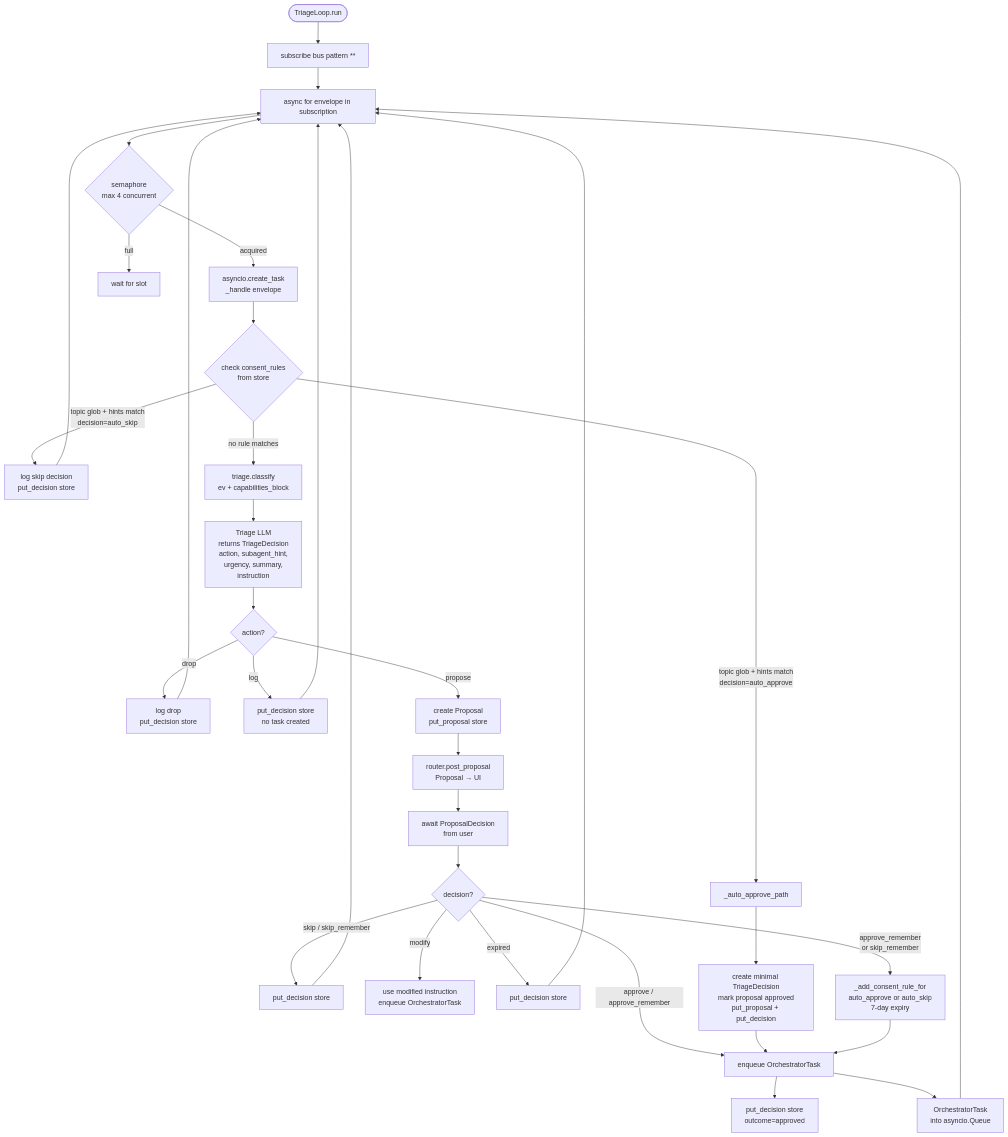
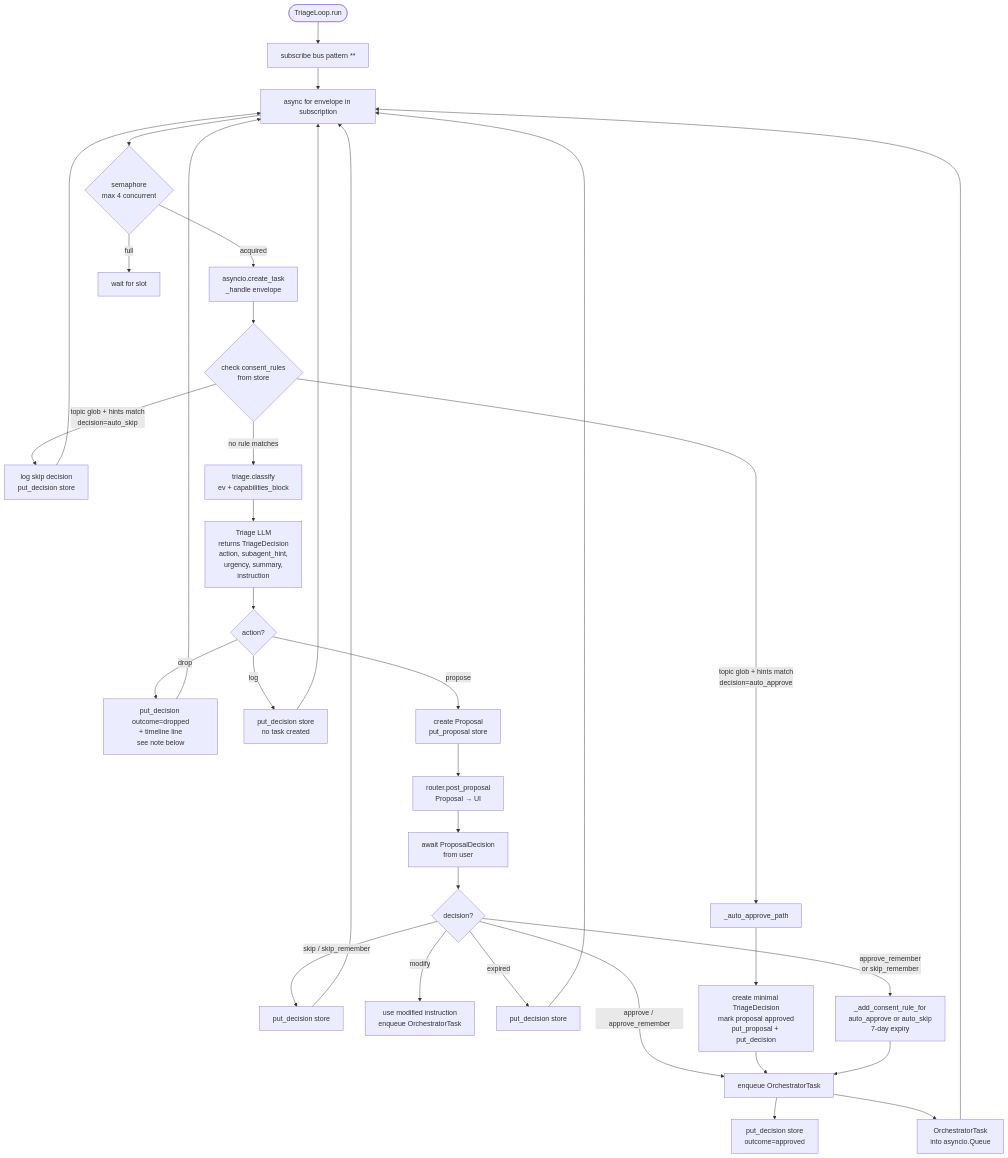
The fifth of 16 diagrams in DAEMON_ARCHITECTURE.md (Abhinav210310453045/YUYUTSAVA-backend), drawn with Mermaid before and after one commit. The commit also changed other lines of this file and 233 other files, not shown here.

````diff
--- a/DAEMON_ARCHITECTURE.md
+++ b/DAEMON_ARCHITECTURE.md
@@ -166,46 +210,46 @@
 ```mermaid
 flowchart TD
     START([TriageLoop.run]) --> SUB[subscribe bus pattern **]
     SUB --> WAIT[async for envelope in subscription]
     WAIT --> SEM{semaphore\nmax 4 concurrent}
     SEM -->|acquired| TASK[asyncio.create_task\n_handle envelope]
     SEM -->|full| BACKPRESSURE[wait for slot]
 
     TASK --> CONSENT{check consent_rules\nfrom store}
     CONSENT -->|topic glob + hints match\ndecision=auto_skip| SKIP_LOG[log skip decision\nput_decision store]
     CONSENT -->|topic glob + hints match\ndecision=auto_approve| AUTO[_auto_approve_path]
     CONSENT -->|no rule matches| CLASSIFY[triage.classify\nev + capabilities_block]
 
     CLASSIFY --> TRIAGE_LLM[Triage LLM\nreturns TriageDecision\naction, subagent_hint,\nurgency, summary,\ninstruction]
 
     TRIAGE_LLM --> ACTION{action?}
-    ACTION -->|drop| DROP[log drop\nput_decision store]
+    ACTION -->|drop| DROP[put_decision outcome=dropped\n+ timeline line\nsee note below]
     ACTION -->|log| LOG_ONLY[put_decision store\nno task created]
     ACTION -->|propose| PROPOSE[create Proposal\nput_proposal store]
 
     PROPOSE --> CHANNEL[router.post_proposal\nProposal → UI]
     CHANNEL --> WAIT_USER[await ProposalDecision\nfrom user]
 
     WAIT_USER --> USER_DEC{decision?}
     USER_DEC -->|approve / approve_remember| ENQUEUE[enqueue OrchestratorTask]
     USER_DEC -->|skip / skip_remember| RECORD_SKIP[put_decision store]
     USER_DEC -->|modify| MOD_ENQUEUE[use modified instruction\nenqueue OrchestratorTask]
     USER_DEC -->|expired| EXPIRE[put_decision store]
 
     ENQUEUE --> STORE_DEC[put_decision store\noutcome=approved]
 
     AUTO --> AUTO_APPROVE[create minimal TriageDecision\nmark proposal approved\nput_proposal + put_decision]
     AUTO_APPROVE --> ENQUEUE
 
     USER_DEC -->|approve_remember\nor skip_remember| RULE[_add_consent_rule_for\nauto_approve or auto_skip\n7-day expiry]
     RULE --> ENQUEUE
 
     ENQUEUE --> QUEUE[OrchestratorTask\ninto asyncio.Queue]
 
     SKIP_LOG --> WAIT
     DROP --> WAIT
     LOG_ONLY --> WAIT
     RECORD_SKIP --> WAIT
     EXPIRE --> WAIT
     QUEUE --> WAIT
 ```
````
